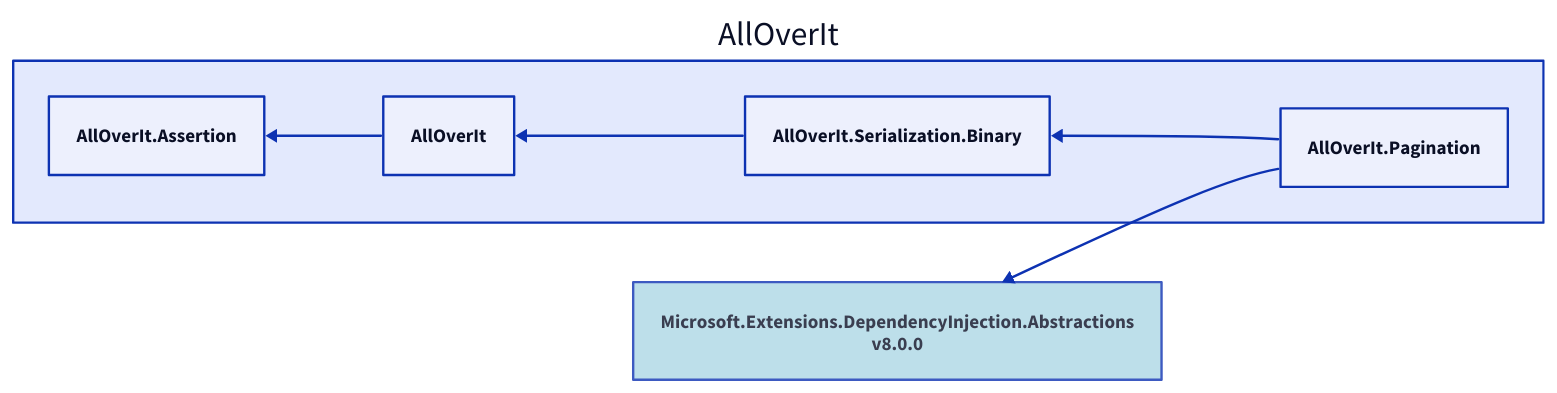
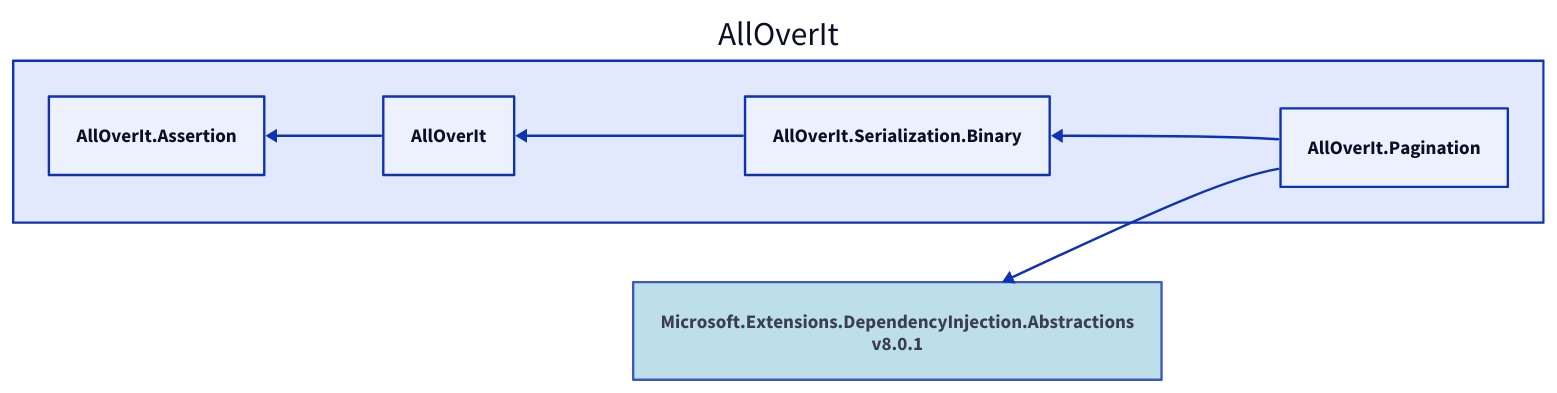
Before and after one commit to mjfreelancing/AllOverIt: the diagram in Docs/Reference/Content/images/dependencies/net7.0/alloverit-pagination.d2, drawn with D2. The commit also changed 288 other files, not shown here.

```diff
--- a/Docs/Reference/Content/images/dependencies/net7.0/alloverit-pagination.d2
+++ b/Docs/Reference/Content/images/dependencies/net7.0/alloverit-pagination.d2
@@ -1,14 +1,14 @@
 direction: left
 
 aoi: AllOverIt
 aoi.alloverit-pagination: AllOverIt.Pagination
-microsoft-extensions-dependencyinjection-abstractions_8-0-0: Microsoft.Extensions.DependencyInjection.Abstractions\nv8.0.0
-microsoft-extensions-dependencyinjection-abstractions_8-0-0.style.fill: "#ADD8E6"
-microsoft-extensions-dependencyinjection-abstractions_8-0-0.style.opacity: 0.8
-microsoft-extensions-dependencyinjection-abstractions_8-0-0 <- aoi.alloverit-pagination
+microsoft-extensions-dependencyinjection-abstractions_8-0-1: Microsoft.Extensions.DependencyInjection.Abstractions\nv8.0.1
+microsoft-extensions-dependencyinjection-abstractions_8-0-1.style.fill: "#ADD8E6"
+microsoft-extensions-dependencyinjection-abstractions_8-0-1.style.opacity: 0.8
+microsoft-extensions-dependencyinjection-abstractions_8-0-1 <- aoi.alloverit-pagination
 aoi.alloverit-serialization-binary: AllOverIt.Serialization.Binary
 aoi.alloverit: AllOverIt
 aoi.alloverit-assertion: AllOverIt.Assertion
 aoi.alloverit-assertion <- aoi.alloverit
 aoi.alloverit <- aoi.alloverit-serialization-binary
 aoi.alloverit-serialization-binary <- aoi.alloverit-pagination
```
